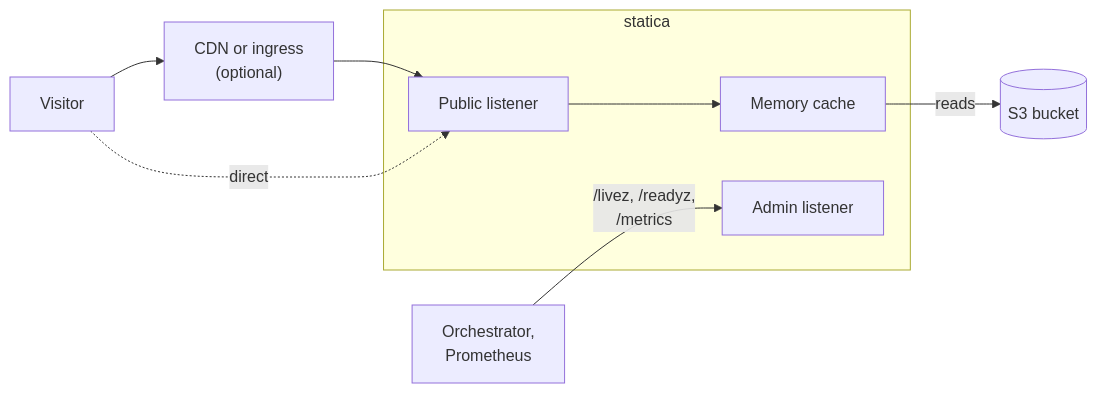
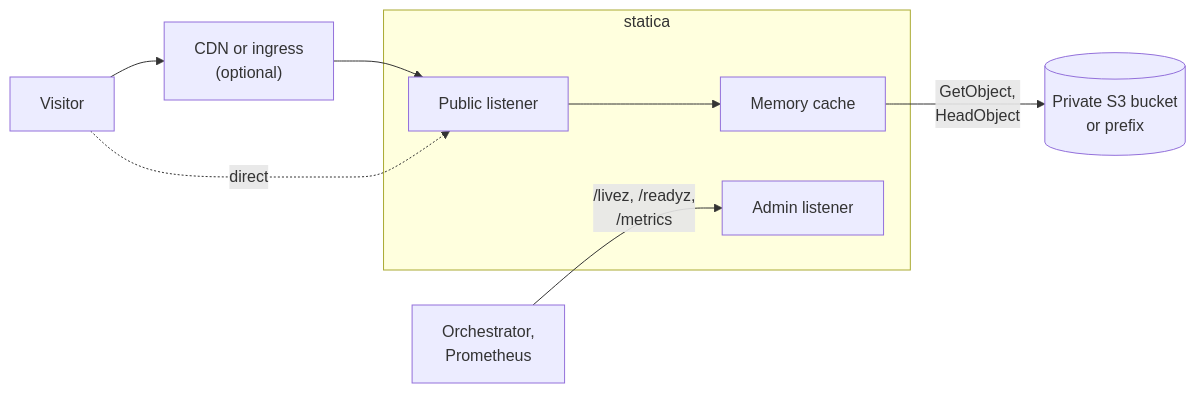
Before and after one commit to gtriggiano/statica: the diagram in docs/index.md, drawn with Mermaid. The commit also changed other lines of this file and 3 other files, not shown here.

First line of the commit message:
docs: refresh the home page and architecture overview

````diff
--- a/docs/index.md
+++ b/docs/index.md
@@ -84,19 +95,19 @@
 ```mermaid
 flowchart LR
   accTitle: statica in a deployment
-  accDescr: Visitors reach the public listener directly or through an optional CDN or ingress. Objects are read through the memory cache, which reads the one configured S3 bucket when it holds no usable copy. Orchestrators and Prometheus use the separate admin listener for liveness, readiness and metrics.
+  accDescr: Visitors reach the public listener directly or through an optional CDN or ingress. Objects are read through the memory cache, which reads the one configured S3 bucket with GetObject and HeadObject requests when it holds no usable copy. Orchestrators and Prometheus use the separate admin listener for liveness, readiness and metrics.
   V["Visitor"]
   P["CDN or ingress<br/>(optional)"]
   subgraph statica
     L["Public listener"]
     C["Memory cache"]
     A["Admin listener"]
   end
-  B[("S3 bucket")]
+  B[("Private S3 bucket<br/>or prefix")]
   O["Orchestrator,<br/>Prometheus"]
   V --> P --> L
   V -.->|direct| L
   L --> C
-  C -->|reads| B
+  C -->|"GetObject,<br/>HeadObject"| B
   O -->|"/livez, /readyz,<br/>/metrics"| A
 ```
````
